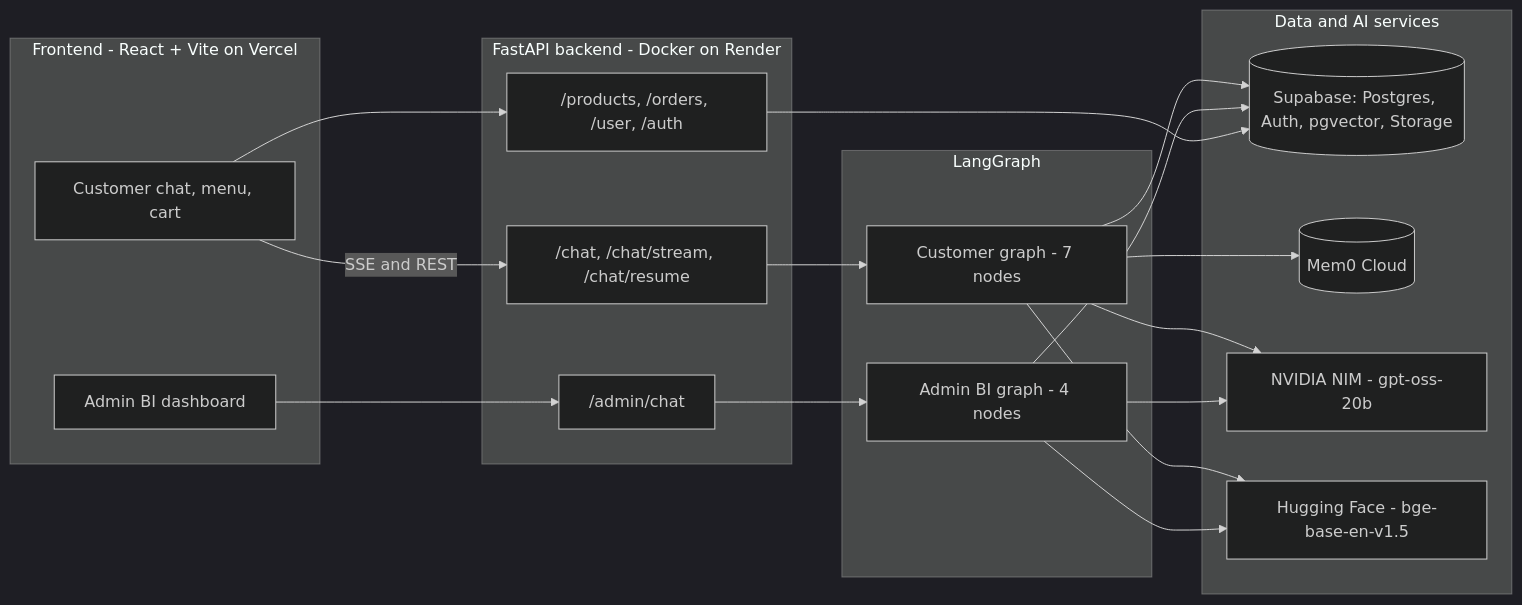
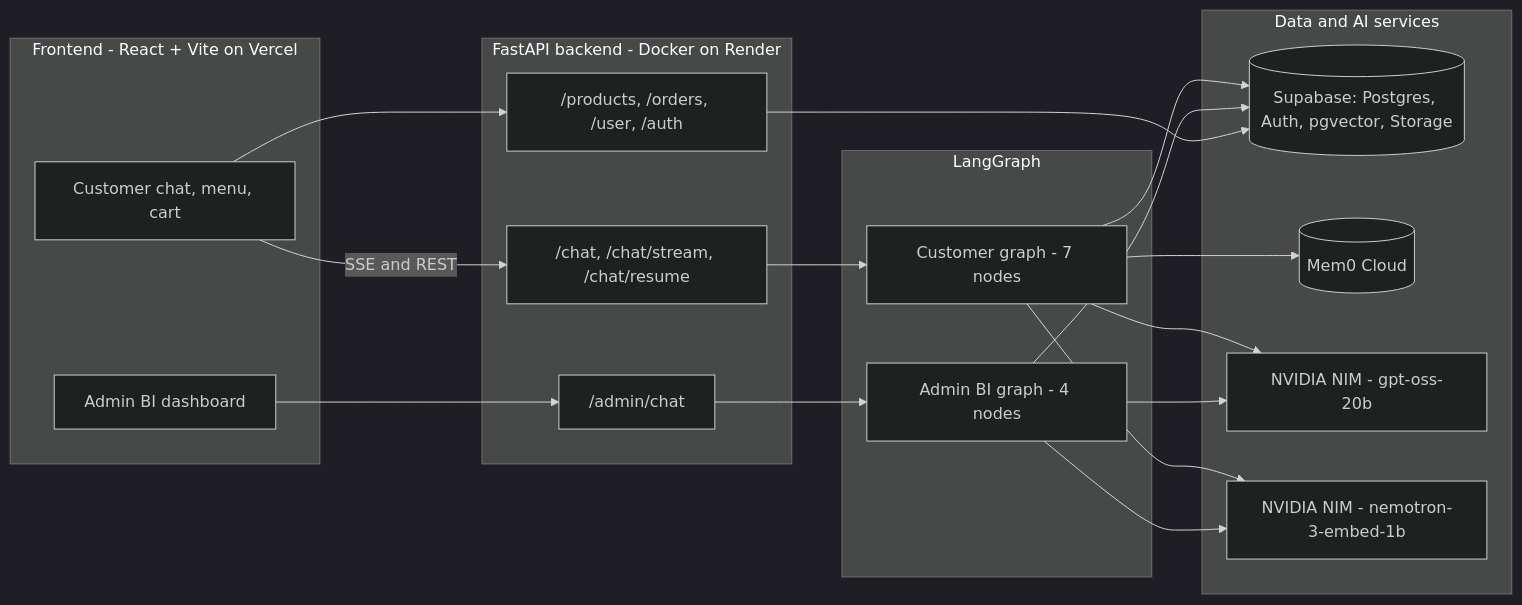
Before and after one commit to Pandharimaske/Multi-Agent-Commerce-Platform-for-Coffee-Shop: the first of 5 diagrams in README.md, drawn with Mermaid (dark theme). The commit also changed other lines of this file and 39 other files, not shown here.

Commit message:
BI agent: schema linking instead of example retrieval, evaluation harness, NIM embeddings, docs

````diff
--- a/README.md
+++ b/README.md
@@ -88,39 +90,39 @@
 ```mermaid
 flowchart LR
     subgraph Client["Frontend - React + Vite on Vercel"]
         CUI["Customer chat, menu, cart"]
         AUI["Admin BI dashboard"]
     end
 
     subgraph API["FastAPI backend - Docker on Render"]
         CH["/chat, /chat/stream, /chat/resume"]
         AD["/admin/chat"]
         REST["/products, /orders, /user, /auth"]
     end
 
     subgraph Graphs["LangGraph"]
         CG["Customer graph - 7 nodes"]
         AG["Admin BI graph - 4 nodes"]
     end
 
     subgraph Services["Data and AI services"]
         SB[("Supabase: Postgres, Auth, pgvector, Storage")]
         M0[("Mem0 Cloud")]
         LLM["NVIDIA NIM - gpt-oss-20b"]
-        EMB["Hugging Face - bge-base-en-v1.5"]
+        EMB["NVIDIA NIM - nemotron-3-embed-1b"]
     end
 
     CUI -->|SSE and REST| CH
     CUI --> REST
     AUI --> AD
     CH --> CG
     AD --> AG
     CG --> SB
     CG --> M0
     CG --> LLM
     CG --> EMB
     AG --> SB
     AG --> LLM
     AG --> EMB
     REST --> SB
 ```
````
